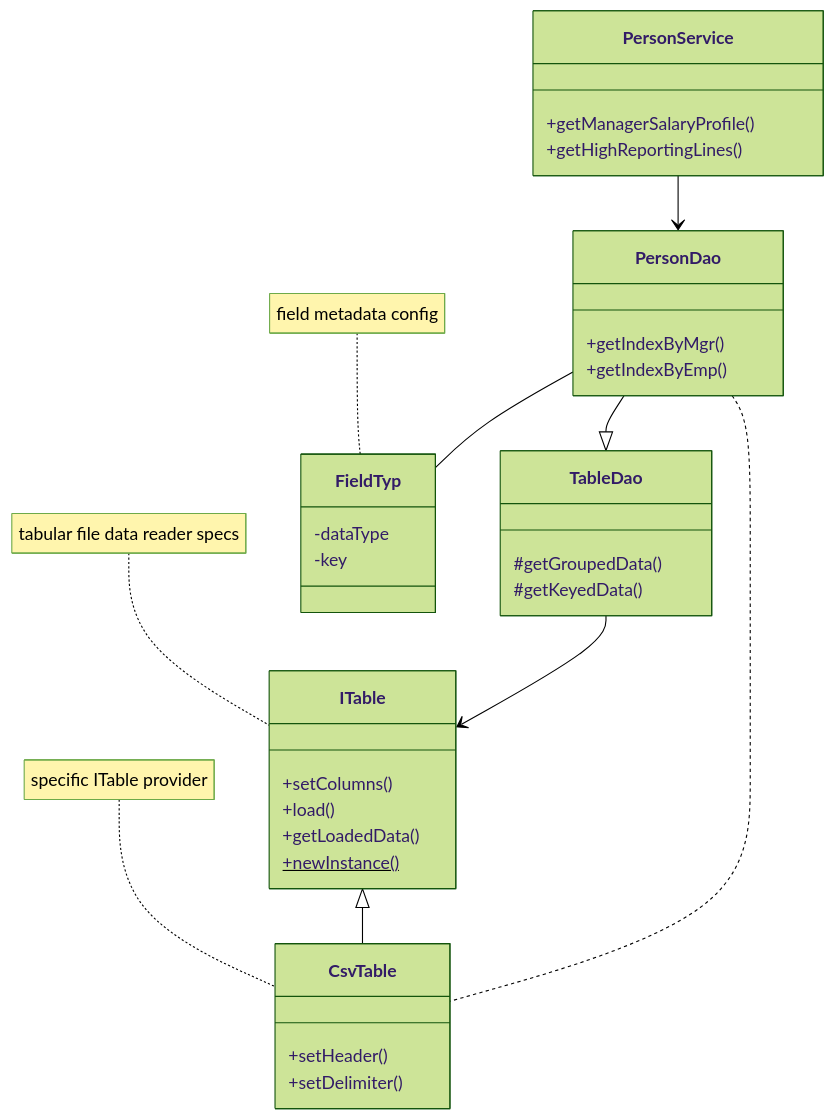
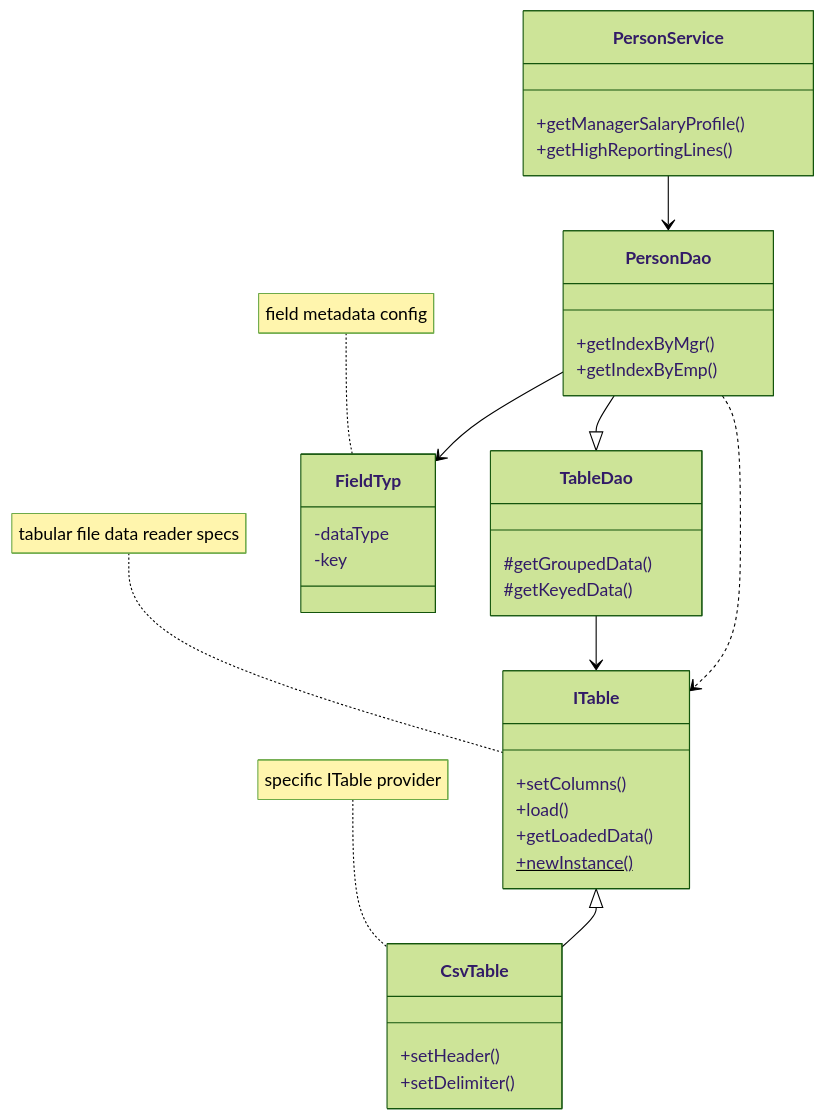
Before and after one commit to javanotes/big-reports: the first of 2 diagrams in README.md, drawn with Mermaid (forest theme).

Commit message:
Update class diagram relationships in README

````diff
--- a/README.md
+++ b/README.md
@@ -8,40 +8,40 @@
 ```mermaid
   classDiagram
     ITable <|-- CsvTable
     TableDao --> ITable
     PersonDao --|> TableDao
-    PersonDao .. CsvTable
-    PersonDao -- FieldTyp
+    PersonDao ..> ITable
+    PersonDao --> FieldTyp
     PersonService --> PersonDao
     note for FieldTyp "field metadata config"
     note for ITable "tabular file data reader specs"
     note for CsvTable "specific ITable provider"
     
     class ITable{
         +setColumns()
         +load()
         +getLoadedData()
         +newInstance()$
     }
     class CsvTable{
         +setHeader()
         +setDelimiter()
        
     }
 class TableDao{
   #getGroupedData()
   #getKeyedData()
 }
 class PersonDao{
   +getIndexByMgr()
   +getIndexByEmp()
 }
 class PersonService{
   +getManagerSalaryProfile()
   +getHighReportingLines()
 }
 class FieldTyp{
   -dataType
   -key
 }
 ```
````
